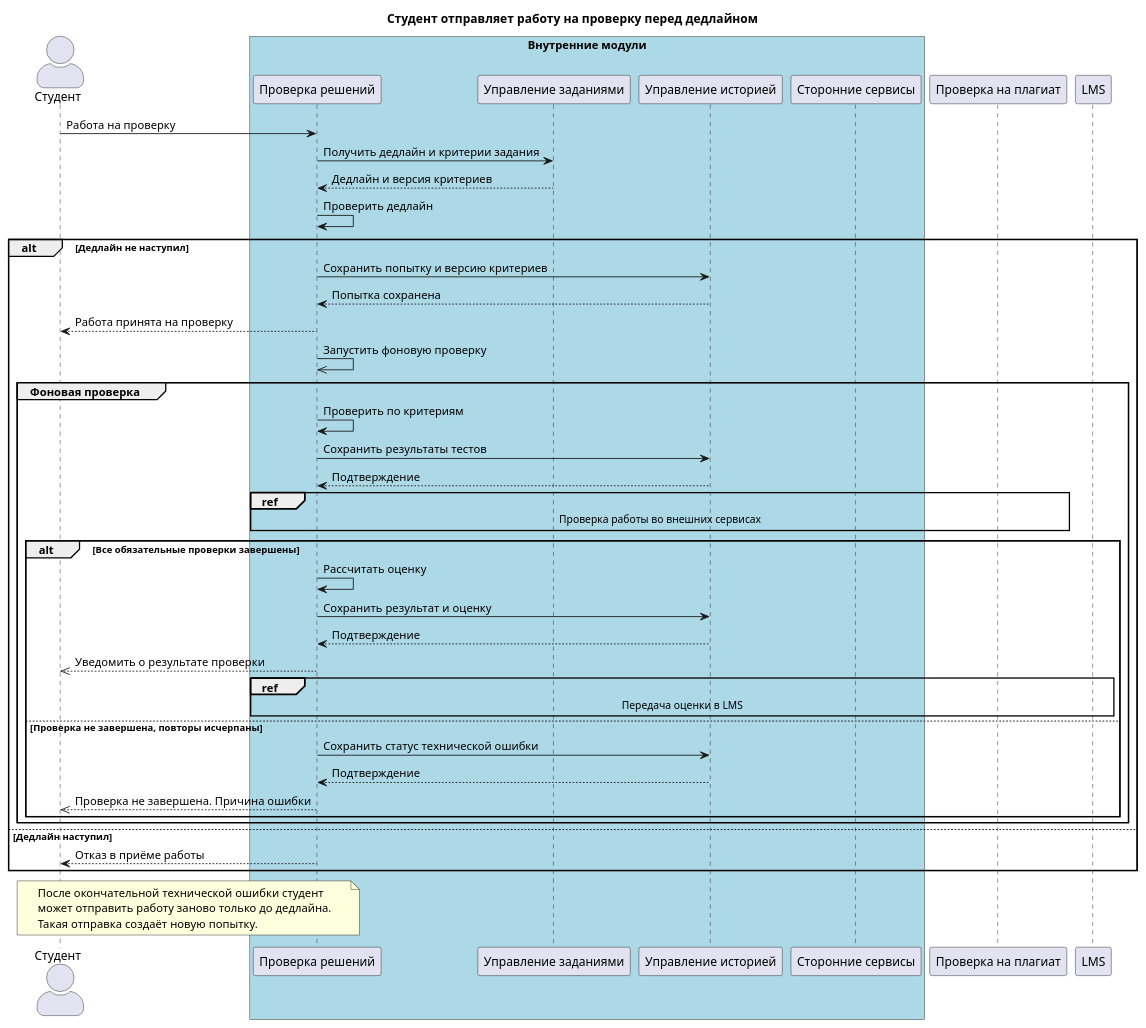
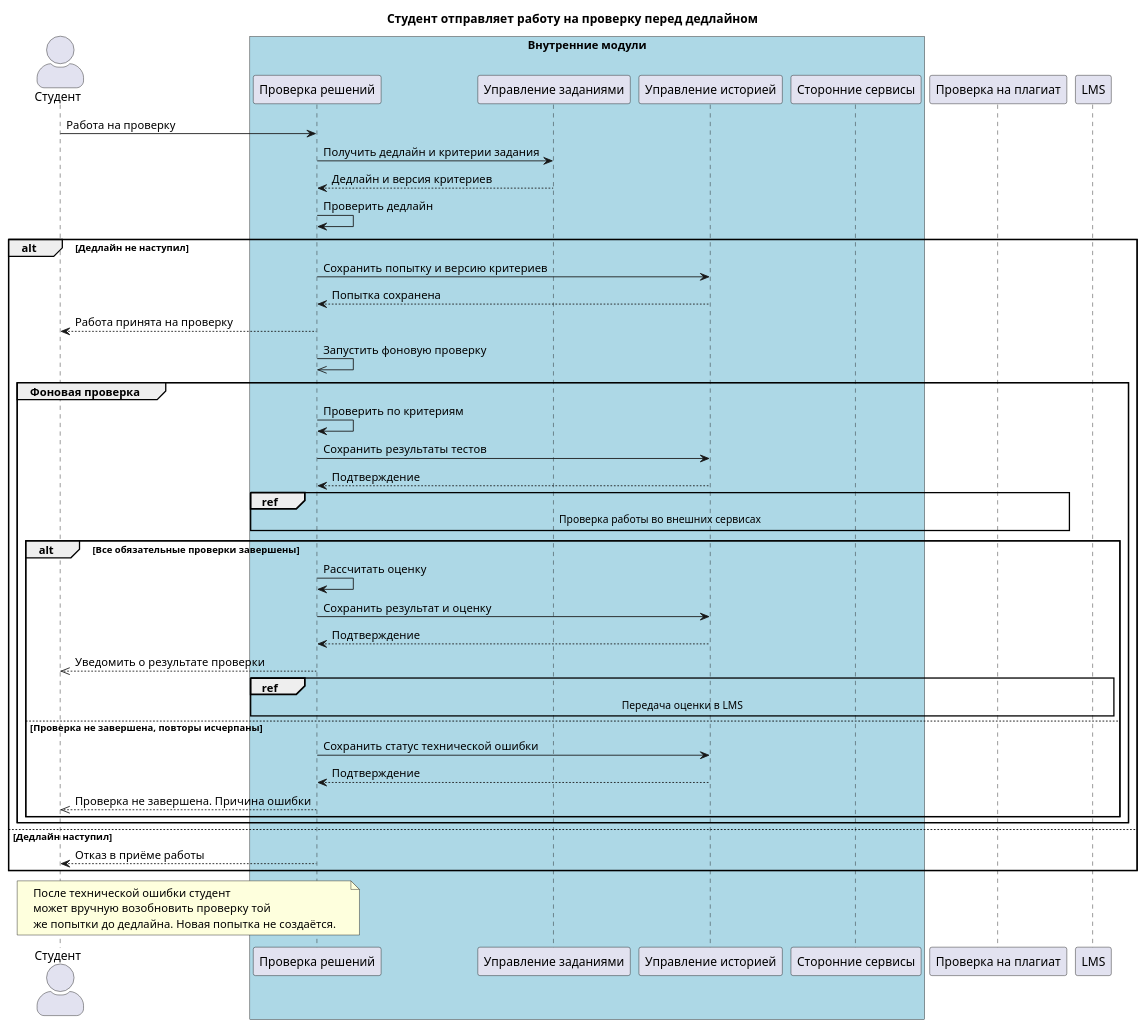
The first of 4 diagrams in HW3/diagram_code.md (uHiderovich/otus-arch-po), drawn with PlantUML before and after one commit. The commit also changed 3 other files, not shown here.

````diff
--- a/HW3/diagram_code.md
+++ b/HW3/diagram_code.md
@@ -3,65 +3,65 @@
 ```plantuml
 @startuml
 title Студент отправляет работу на проверку перед дедлайном
 skinparam actorStyle awesome
 
 actor "Студент" as Student
 
 box "Внутренние модули" #LightBlue
     participant "Проверка решений" as Check
     participant "Управление заданиями" as Tasks
     participant "Управление историей" as History
     participant "Сторонние сервисы" as External
 end box
 
 participant "Проверка на плагиат" as Pl
 participant "LMS" as LMS
 
 Student -> Check : Работа на проверку
 Check -> Tasks : Получить дедлайн и критерии задания
 Tasks --> Check : Дедлайн и версия критериев
 Check -> Check : Проверить дедлайн
 
 alt Дедлайн не наступил
     Check -> History : Сохранить попытку и версию критериев
     History --> Check : Попытка сохранена
     Check --> Student : Работа принята на проверку
 
     Check ->> Check : Запустить фоновую проверку
 
     group Фоновая проверка
         Check -> Check : Проверить по критериям
         Check -> History : Сохранить результаты тестов
         History --> Check : Подтверждение
 
         ref over Check, History, External, Pl
             Проверка работы во внешних сервисах
         end ref
 
         alt Все обязательные проверки завершены
             Check -> Check : Рассчитать оценку
             Check -> History : Сохранить результат и оценку
             History --> Check : Подтверждение
             Check -->> Student : Уведомить о результате проверки
 
             ref over Check, History, LMS
                 Передача оценки в LMS
             end ref
         else Проверка не завершена, повторы исчерпаны
             Check -> History : Сохранить статус технической ошибки
             History --> Check : Подтверждение
             Check -->> Student : Проверка не завершена. Причина ошибки
         end
     end
 
 else Дедлайн наступил
     Check --> Student : Отказ в приёме работы
 end
 
 note over Student, Check
-    После окончательной технической ошибки студент
-    может отправить работу заново только до дедлайна.
-    Такая отправка создаёт новую попытку.
+    После технической ошибки студент
+    может вручную возобновить проверку той
+    же попытки до дедлайна. Новая попытка не создаётся.
 end note
 @enduml
 ```
````
